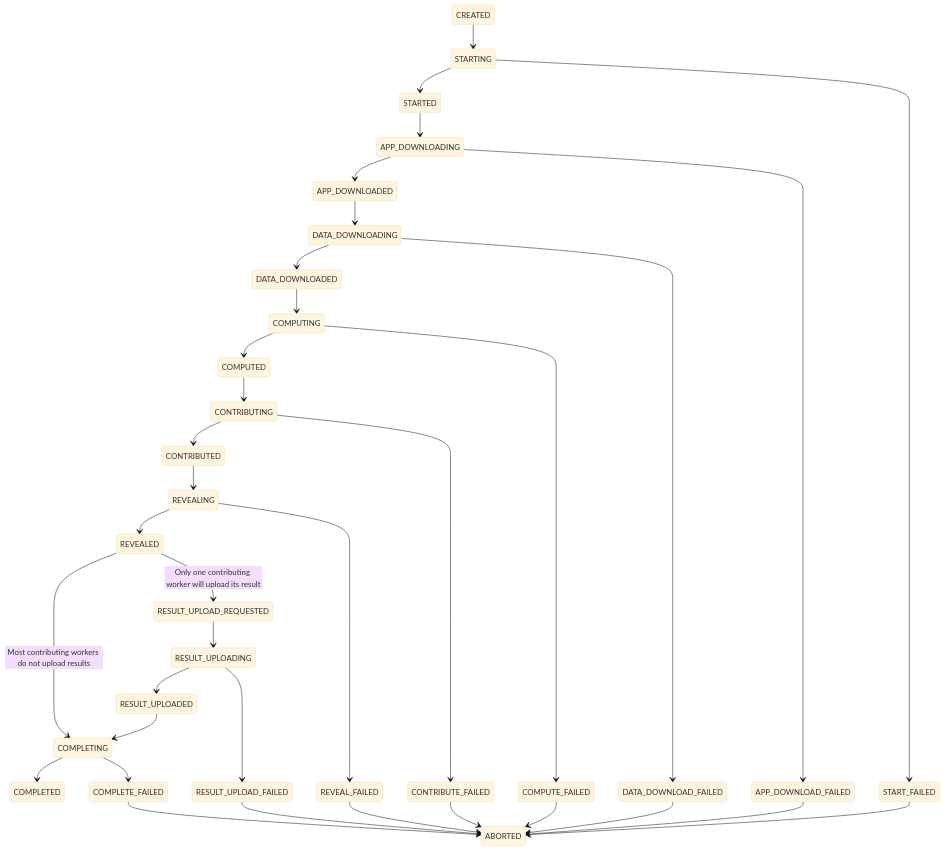
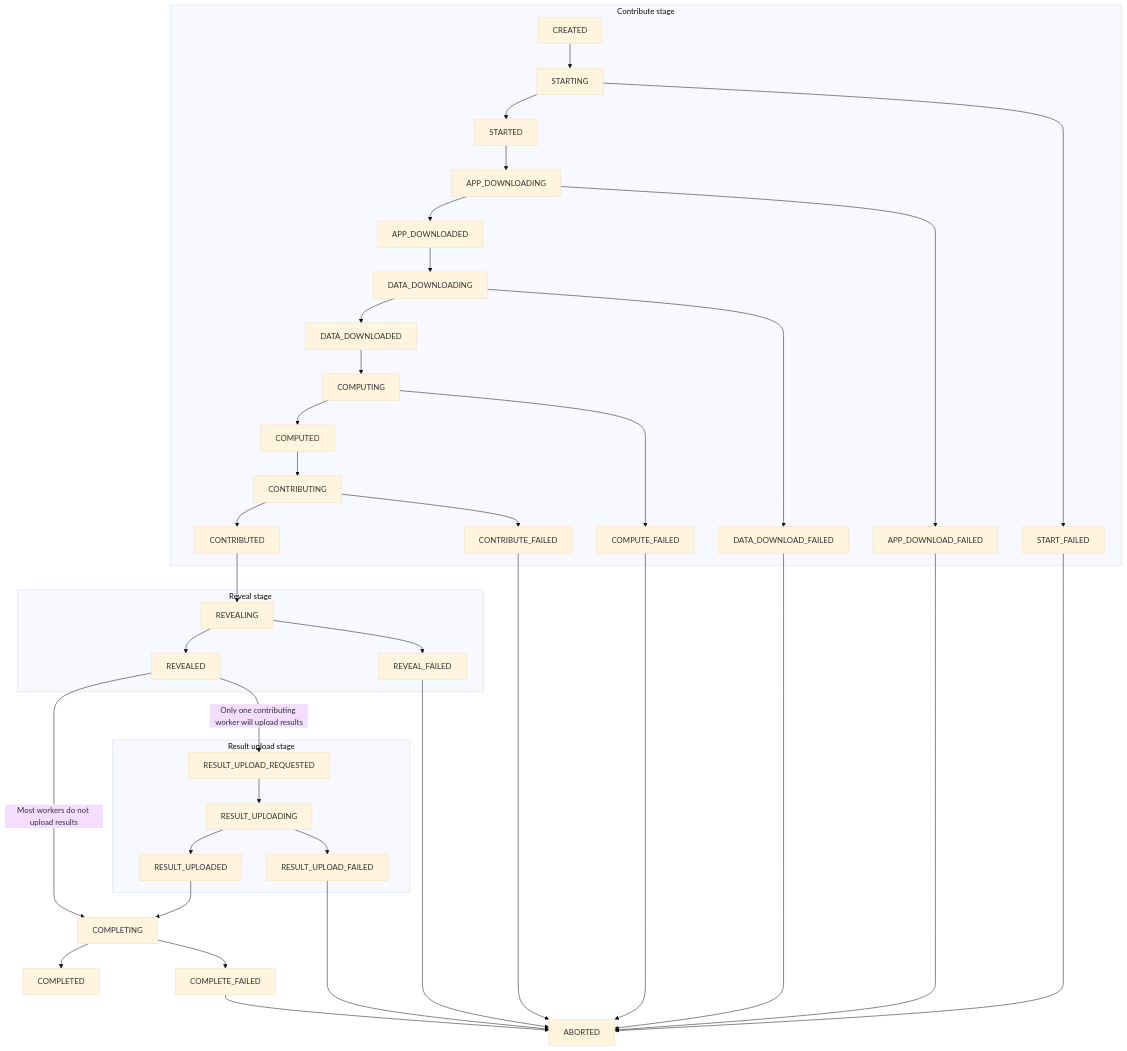
Before and after one commit to iExecBlockchainComputing/documentation: the diagram in for-developers/advanced/task-feedback.md, drawn with Mermaid (base theme).

Commit message:
Replace `stateDiagram` with `flowchart`

````diff
--- a/for-developers/advanced/task-feedback.md
+++ b/for-developers/advanced/task-feedback.md
@@ -74,39 +74,50 @@
 ```mermaid
-stateDiagram
-CREATED --> STARTING
-STARTING --> STARTED
-STARTED --> APP_DOWNLOADING
-APP_DOWNLOADING --> APP_DOWNLOADED
-APP_DOWNLOADED --> DATA_DOWNLOADING
-DATA_DOWNLOADING --> DATA_DOWNLOADED
-DATA_DOWNLOADED --> COMPUTING
-COMPUTING --> COMPUTED
-COMPUTED --> CONTRIBUTING
-CONTRIBUTING --> CONTRIBUTED
-CONTRIBUTED --> REVEALING
-REVEALING --> REVEALED
-REVEALED --> RESULT_UPLOAD_REQUESTED: Only one contributing worker will upload its result
-RESULT_UPLOAD_REQUESTED --> RESULT_UPLOADING
-RESULT_UPLOADING --> RESULT_UPLOADED
+flowchart
+
+subgraph Contribute stage
+    CREATED --> STARTING
+    STARTING --> STARTED
+    STARTED --> APP_DOWNLOADING
+    APP_DOWNLOADING --> APP_DOWNLOADED
+    APP_DOWNLOADED --> DATA_DOWNLOADING
+    DATA_DOWNLOADING --> DATA_DOWNLOADED
+    DATA_DOWNLOADED --> COMPUTING
+    COMPUTING --> COMPUTED
+    COMPUTED --> CONTRIBUTING
+    CONTRIBUTING --> CONTRIBUTED
+
+    STARTING --> START_FAILED
+    APP_DOWNLOADING --> APP_DOWNLOAD_FAILED
+    DATA_DOWNLOADING --> DATA_DOWNLOAD_FAILED
+    COMPUTING --> COMPUTE_FAILED
+    CONTRIBUTING --> CONTRIBUTE_FAILED
+end
+
+subgraph Reveal stage
+    CONTRIBUTED --> REVEALING
+    REVEALING --> REVEALED
+    REVEALING --> REVEAL_FAILED
+end
+
+subgraph Result upload stage
+    REVEALED -- Only one contributing worker will upload results --> RESULT_UPLOAD_REQUESTED
+    RESULT_UPLOAD_REQUESTED --> RESULT_UPLOADING
+    RESULT_UPLOADING --> RESULT_UPLOADED
+    RESULT_UPLOADING --> RESULT_UPLOAD_FAILED
+end
+
 RESULT_UPLOADED --> COMPLETING
-REVEALED --> COMPLETING: Most contributing workers do not upload results
+REVEALED -- Most workers do not upload results --> COMPLETING
 COMPLETING --> COMPLETED
 
-STARTING --> START_FAILED
-APP_DOWNLOADING --> APP_DOWNLOAD_FAILED
-DATA_DOWNLOADING --> DATA_DOWNLOAD_FAILED
-COMPUTING --> COMPUTE_FAILED
-CONTRIBUTING --> CONTRIBUTE_FAILED
-REVEALING --> REVEAL_FAILED
-RESULT_UPLOADING --> RESULT_UPLOAD_FAILED
 COMPLETING --> COMPLETE_FAILED
 
 START_FAILED --> ABORTED
 APP_DOWNLOAD_FAILED --> ABORTED
 DATA_DOWNLOAD_FAILED --> ABORTED
 COMPUTE_FAILED --> ABORTED
 CONTRIBUTE_FAILED --> ABORTED
 REVEAL_FAILED --> ABORTED
 RESULT_UPLOAD_FAILED --> ABORTED
 COMPLETE_FAILED --> ABORTED
 ```
````
